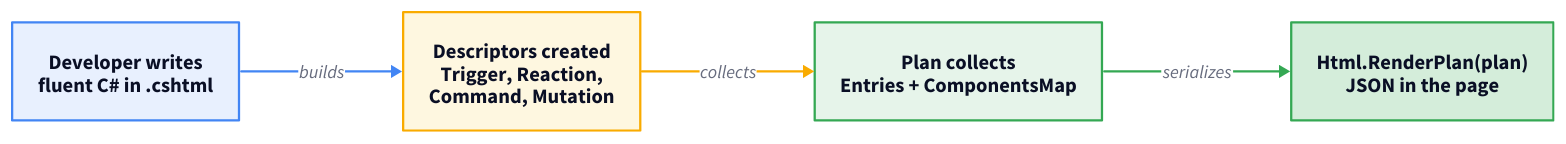
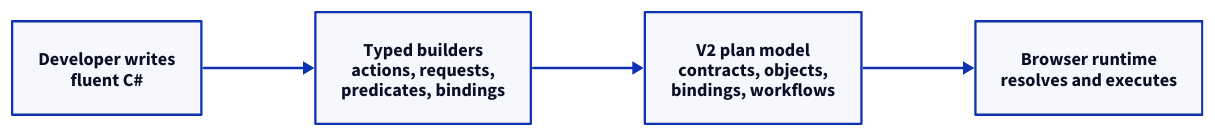
One commit to marafiq/alis-reactive changed the diagram in docs-site/src/content/docs/architecture/fluent-builders.mdx. Above: the diagram before and after it, drawn with D2. The commit also changed other lines of this file and 1014 other files, not shown here.

Commit message:
redesign reactive framework around the v2 plan model

````diff
--- a/docs-site/src/content/docs/architecture/fluent-builders.mdx
+++ b/docs-site/src/content/docs/architecture/fluent-builders.mdx
@@ -10,38 +12,20 @@
 ```d2
 direction: right
 
-call: "Developer writes\nfluent C# in .cshtml" {
+authoring: "Developer writes\nfluent C#" {
   shape: rectangle
-  style.fill: "#e8f0fe"
-  style.stroke: "#4285f4"
-  style.font-size: 18
 }
-descriptor: "Descriptors created\nTrigger, Reaction,\nCommand, Mutation" {
+builders: "Typed builders\nactions, requests,\npredicates, bindings" {
   shape: rectangle
-  style.fill: "#fef7e0"
-  style.stroke: "#f9ab00"
-  style.font-size: 18
 }
-plan: "Plan collects\nEntries + ComponentsMap" {
+plan: "V2 plan model\ncontracts, objects,\nbindings, workflows" {
   shape: rectangle
-  style.fill: "#e6f4ea"
-  style.stroke: "#34a853"
-  style.font-size: 18
 }
-json: "Html.RenderPlan(plan)\nJSON in the page" {
+runtime: "Browser runtime\nresolves and executes" {
   shape: rectangle
-  style.fill: "#d4edda"
-  style.stroke: "#34a853"
-  style.font-size: 18
 }
 
-call -> descriptor: builds {
-  style.stroke: "#4285f4"
-}
-descriptor -> plan: collects {
-  style.stroke: "#f9ab00"
-}
-plan -> json: serializes {
-  style.stroke: "#34a853"
-}
+authoring -> builders
+builders -> plan
+plan -> runtime
 ```
````
